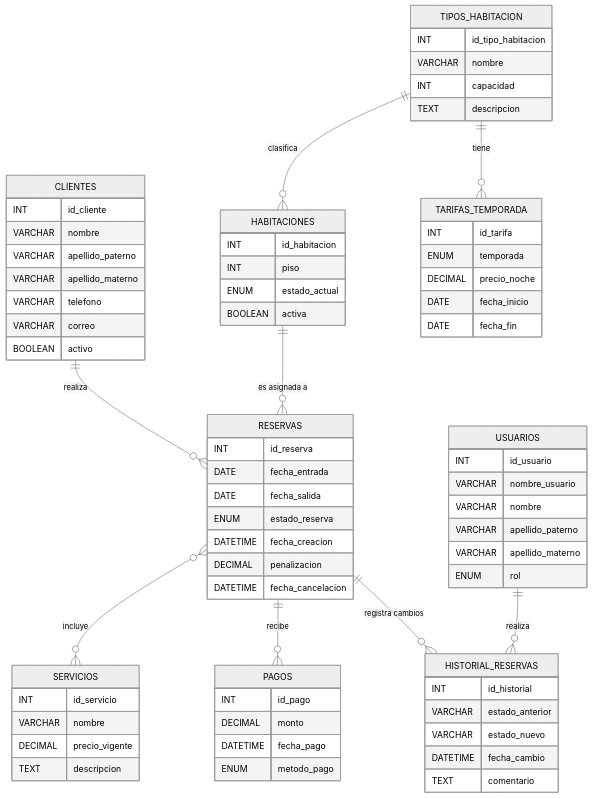
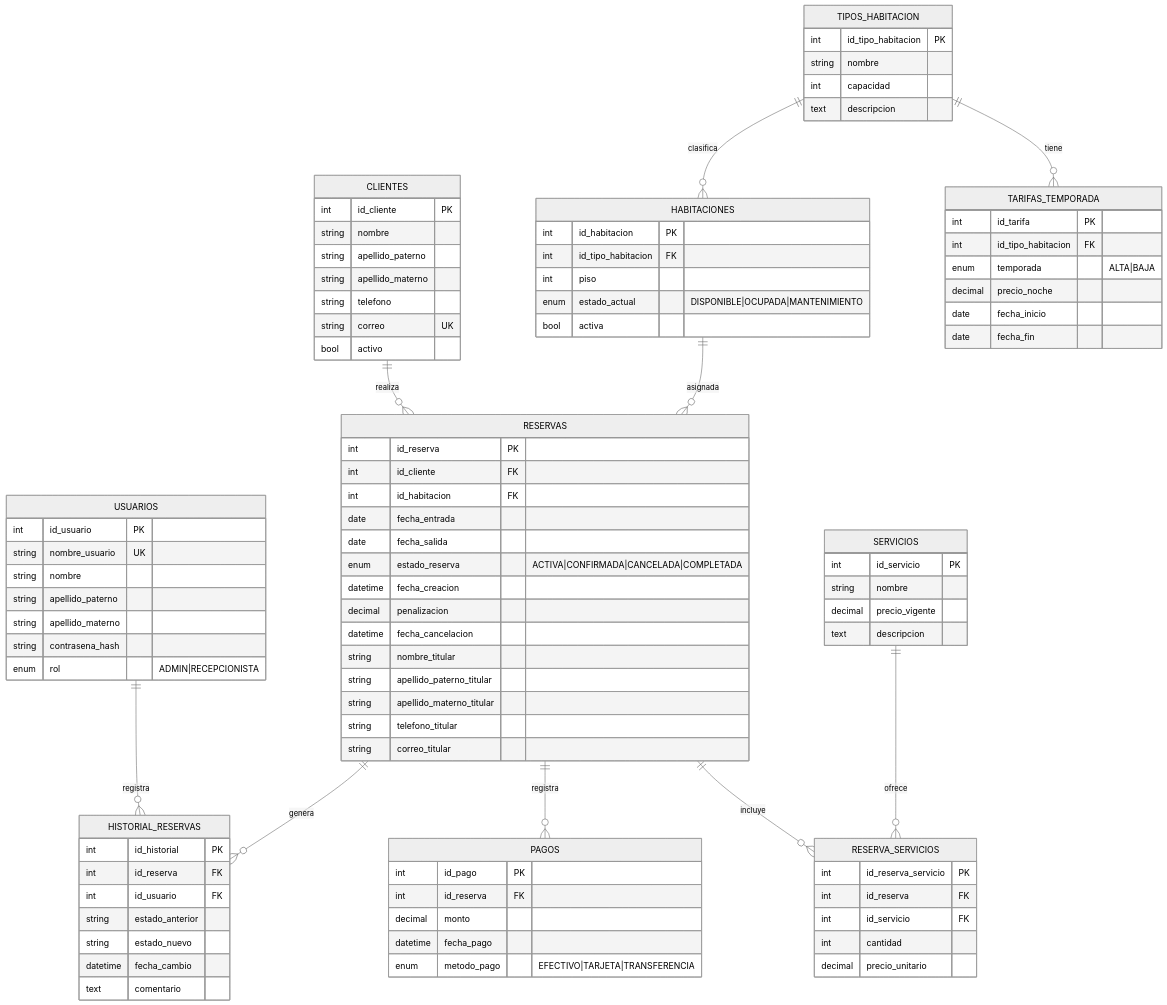
One commit to angel-monterrosas/DataBase_Proyect changed the first of 2 diagrams in ER.md. Above: the diagram before and after it, drawn with Mermaid (neutral theme). The commit also changed other lines of this file, not shown here.

````diff
--- a/ER.md
+++ b/ER.md
@@ -44,84 +65,97 @@
 ```mermaid
 erDiagram
+    USUARIOS {
+        int id_usuario PK
+        string nombre_usuario UK
+        string nombre
+        string apellido_paterno
+        string apellido_materno
+        string contrasena_hash
+        enum rol "ADMIN|RECEPCIONISTA"
+    }
+    CLIENTES {
+        int id_cliente PK
+        string nombre
+        string apellido_paterno
+        string apellido_materno
+        string telefono
+        string correo UK
+        bool activo
+    }
+    RESERVAS {
+        int id_reserva PK
+        int id_cliente FK
+        int id_habitacion FK
+        date fecha_entrada
+        date fecha_salida
+        enum estado_reserva "ACTIVA|CONFIRMADA|CANCELADA|COMPLETADA"
+        datetime fecha_creacion
+        decimal penalizacion
+        datetime fecha_cancelacion
+        string nombre_titular
+        string apellido_paterno_titular
+        string apellido_materno_titular
+        string telefono_titular
+        string correo_titular
+    }
+    TIPOS_HABITACION {
+        int id_tipo_habitacion PK
+        string nombre
+        int capacidad
+        text descripcion
+    }
+    TARIFAS_TEMPORADA {
+        int id_tarifa PK
+        int id_tipo_habitacion FK
+        enum temporada "ALTA|BAJA"
+        decimal precio_noche
+        date fecha_inicio
+        date fecha_fin
+    }
+    HABITACIONES {
+        int id_habitacion PK
+        int id_tipo_habitacion FK
+        int piso
+        enum estado_actual "DISPONIBLE|OCUPADA|MANTENIMIENTO"
+        bool activa
+    }
+    SERVICIOS {
+        int id_servicio PK
+        string nombre
+        decimal precio_vigente
+        text descripcion
+    }
+    RESERVA_SERVICIOS {
+        int id_reserva_servicio PK
+        int id_reserva FK
+        int id_servicio FK
+        int cantidad
+        decimal precio_unitario
+    }
+    PAGOS {
+        int id_pago PK
+        int id_reserva FK
+        decimal monto
+        datetime fecha_pago
+        enum metodo_pago "EFECTIVO|TARJETA|TRANSFERENCIA"
+    }
+    HISTORIAL_RESERVAS {
+        int id_historial PK
+        int id_reserva FK
+        int id_usuario FK
+        string estado_anterior
+        string estado_nuevo
+        datetime fecha_cambio
+        text comentario
+    }
+
+    USUARIOS ||--o{ HISTORIAL_RESERVAS : "registra"
     CLIENTES ||--o{ RESERVAS : "realiza"
-    HABITACIONES ||--o{ RESERVAS : "es asignada a"
+    TIPOS_HABITACION ||--o{ TARIFAS_TEMPORADA : "tiene"
     TIPOS_HABITACION ||--o{ HABITACIONES : "clasifica"
-    TIPOS_HABITACION ||--o{ TARIFAS_TEMPORADA : "tiene"
-    RESERVAS }o--o{ SERVICIOS : "incluye"
-    RESERVAS ||--o{ PAGOS : "recibe"
-    RESERVAS ||--o{ HISTORIAL_RESERVAS : "registra cambios"
-    USUARIOS ||--o{ HISTORIAL_RESERVAS : "realiza"
-
-    CLIENTES {
-        INT id_cliente
-        VARCHAR nombre
-        VARCHAR apellido_paterno
-        VARCHAR apellido_materno
-        VARCHAR telefono
-        VARCHAR correo
-        BOOLEAN activo
-    }
-    
-    RESERVAS {
-        INT id_reserva
-        DATE fecha_entrada
-        DATE fecha_salida
-        ENUM estado_reserva
-        DATETIME fecha_creacion
-        DECIMAL penalizacion
-        DATETIME fecha_cancelacion
-    }
-    
-    HABITACIONES {
-        INT id_habitacion
-        INT piso
-        ENUM estado_actual
-        BOOLEAN activa
-    }
-    
-    TIPOS_HABITACION {
-        INT id_tipo_habitacion
-        VARCHAR nombre
-        INT capacidad
-        TEXT descripcion
-    }
-    
-    TARIFAS_TEMPORADA {
-        INT id_tarifa
-        ENUM temporada
-        DECIMAL precio_noche
-        DATE fecha_inicio
-        DATE fecha_fin
-    }
-    
-    SERVICIOS {
-        INT id_servicio
-        VARCHAR nombre
-        DECIMAL precio_vigente
-        TEXT descripcion
-    }
-    
-    PAGOS {
-        INT id_pago
-        DECIMAL monto
-        DATETIME fecha_pago
-        ENUM metodo_pago
-    }
-    
-    USUARIOS {
-        INT id_usuario
-        VARCHAR nombre_usuario
-        VARCHAR nombre
-        VARCHAR apellido_paterno
-        VARCHAR apellido_materno
-        ENUM rol
-    }
-    
-    HISTORIAL_RESERVAS {
-        INT id_historial
-        VARCHAR estado_anterior
-        VARCHAR estado_nuevo
-        DATETIME fecha_cambio
-        TEXT comentario
-    }
+    HABITACIONES ||--o{ RESERVAS : "asignada"
+    RESERVAS ||--o{ RESERVA_SERVICIOS : "incluye"
+    SERVICIOS ||--o{ RESERVA_SERVICIOS : "ofrece"
+    RESERVAS ||--o{ PAGOS : "registra"
+    RESERVAS ||--o{ HISTORIAL_RESERVAS : "genera"
 ```
````
